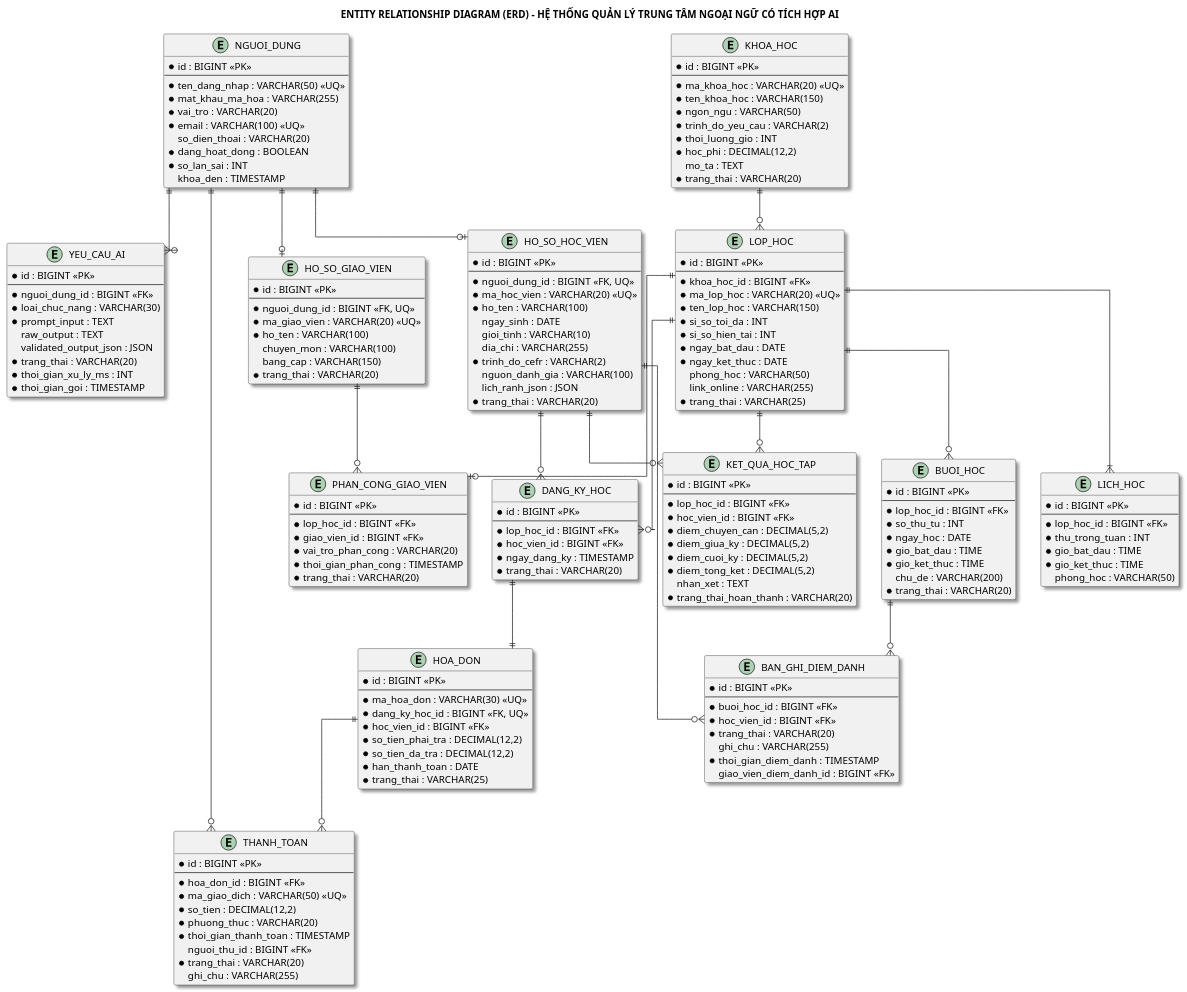
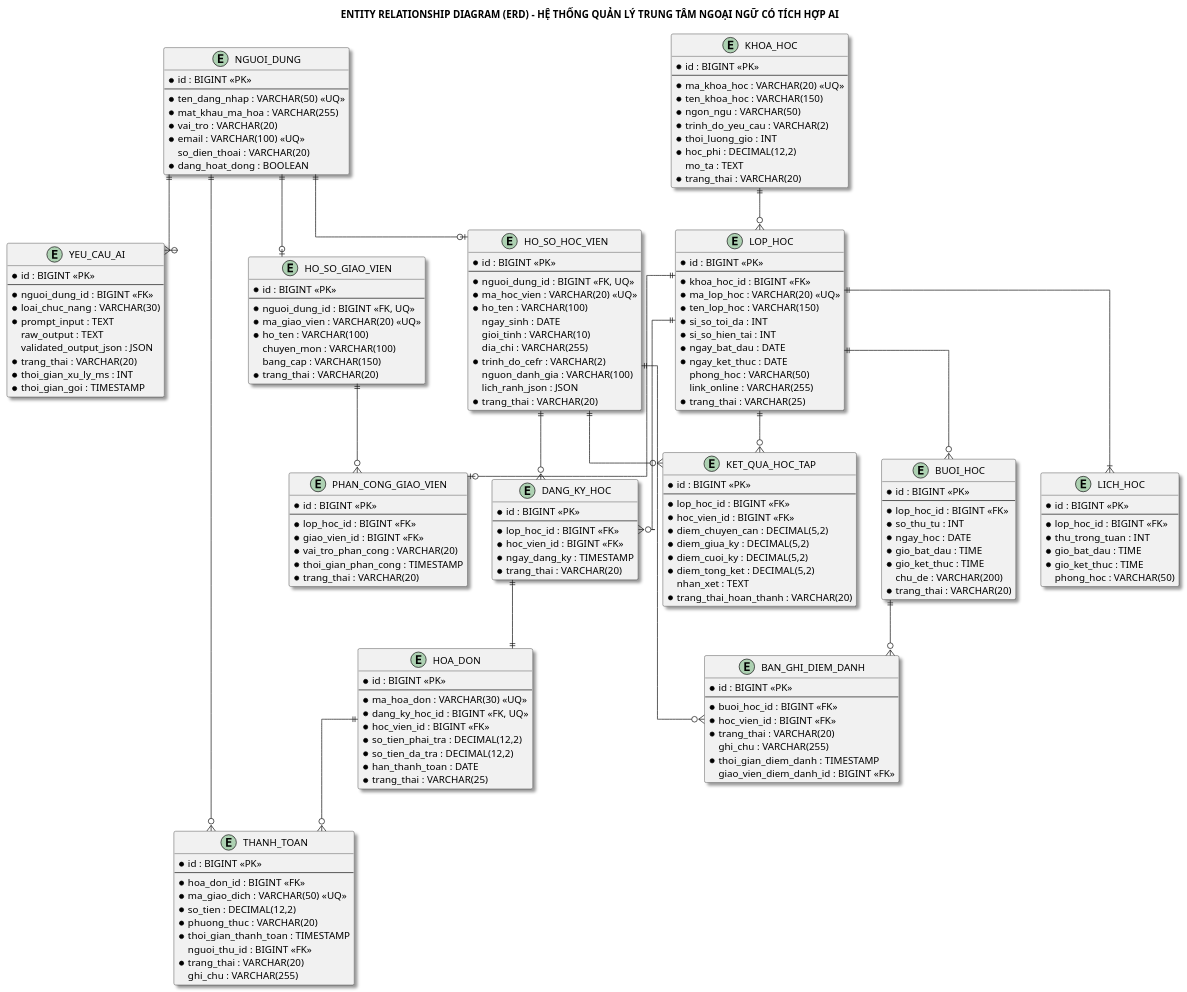
Before and after one commit to phongls206/LMS-AI: the diagram in docs/images/SoDo/ERD_Diagram.puml, drawn with PlantUML. The commit also changed 24 other files, not shown here.

```diff
--- a/docs/images/SoDo/ERD_Diagram.puml
+++ b/docs/images/SoDo/ERD_Diagram.puml
@@ -1,199 +1,197 @@
 @startuml
 skinparam linetype ortho
 skinparam roundcorner 5
 skinparam shadowing true
 
 title ENTITY RELATIONSHIP DIAGRAM (ERD) - HỆ THỐNG QUẢN LÝ TRUNG TÂM NGOẠI NGỮ CÓ TÍCH HỢP AI
 
 entity "NGUOI_DUNG" as nguoi_dung {
   * id : BIGINT <<PK>>
   --
   * ten_dang_nhap : VARCHAR(50) <<UQ>>
   * mat_khau_ma_hoa : VARCHAR(255)
   * vai_tro : VARCHAR(20)
   * email : VARCHAR(100) <<UQ>>
   so_dien_thoai : VARCHAR(20)
   * dang_hoat_dong : BOOLEAN
-  * so_lan_sai : INT
-  khoa_den : TIMESTAMP
 }
 
 entity "HO_SO_HOC_VIEN" as hoc_vien {
   * id : BIGINT <<PK>>
   --
   * nguoi_dung_id : BIGINT <<FK, UQ>>
   * ma_hoc_vien : VARCHAR(20) <<UQ>>
   * ho_ten : VARCHAR(100)
   ngay_sinh : DATE
   gioi_tinh : VARCHAR(10)
   dia_chi : VARCHAR(255)
   * trinh_do_cefr : VARCHAR(2)
   nguon_danh_gia : VARCHAR(100)
   lich_ranh_json : JSON
   * trang_thai : VARCHAR(20)
 }
 
 entity "HO_SO_GIAO_VIEN" as giao_vien {
   * id : BIGINT <<PK>>
   --
   * nguoi_dung_id : BIGINT <<FK, UQ>>
   * ma_giao_vien : VARCHAR(20) <<UQ>>
   * ho_ten : VARCHAR(100)
   chuyen_mon : VARCHAR(100)
   bang_cap : VARCHAR(150)
   * trang_thai : VARCHAR(20)
 }
 
 entity "KHOA_HOC" as khoa_hoc {
   * id : BIGINT <<PK>>
   --
   * ma_khoa_hoc : VARCHAR(20) <<UQ>>
   * ten_khoa_hoc : VARCHAR(150)
   * ngon_ngu : VARCHAR(50)
   * trinh_do_yeu_cau : VARCHAR(2)
   * thoi_luong_gio : INT
   * hoc_phi : DECIMAL(12,2)
   mo_ta : TEXT
   * trang_thai : VARCHAR(20)
 }
 
 entity "LOP_HOC" as lop_hoc {
   * id : BIGINT <<PK>>
   --
   * khoa_hoc_id : BIGINT <<FK>>
   * ma_lop_hoc : VARCHAR(20) <<UQ>>
   * ten_lop_hoc : VARCHAR(150)
   * si_so_toi_da : INT
   * si_so_hien_tai : INT
   * ngay_bat_dau : DATE
   * ngay_ket_thuc : DATE
   phong_hoc : VARCHAR(50)
   link_online : VARCHAR(255)
   * trang_thai : VARCHAR(25)
 }
 
 entity "LICH_HOC" as lich_hoc {
   * id : BIGINT <<PK>>
   --
   * lop_hoc_id : BIGINT <<FK>>
   * thu_trong_tuan : INT
   * gio_bat_dau : TIME
   * gio_ket_thuc : TIME
   phong_hoc : VARCHAR(50)
 }
 
 entity "PHAN_CONG_GIAO_VIEN" as phan_cong {
   * id : BIGINT <<PK>>
   --
   * lop_hoc_id : BIGINT <<FK>>
   * giao_vien_id : BIGINT <<FK>>
   * vai_tro_phan_cong : VARCHAR(20)
   * thoi_gian_phan_cong : TIMESTAMP
   * trang_thai : VARCHAR(20)
 }
 
 entity "DANG_KY_HOC" as dang_ky {
   * id : BIGINT <<PK>>
   --
   * lop_hoc_id : BIGINT <<FK>>
   * hoc_vien_id : BIGINT <<FK>>
   * ngay_dang_ky : TIMESTAMP
   * trang_thai : VARCHAR(20)
 }
 
 entity "HOA_DON" as hoa_don {
   * id : BIGINT <<PK>>
   --
   * ma_hoa_don : VARCHAR(30) <<UQ>>
   * dang_ky_hoc_id : BIGINT <<FK, UQ>>
   * hoc_vien_id : BIGINT <<FK>>
   * so_tien_phai_tra : DECIMAL(12,2)
   * so_tien_da_tra : DECIMAL(12,2)
   * han_thanh_toan : DATE
   * trang_thai : VARCHAR(25)
 }
 
 entity "THANH_TOAN" as thanh_toan {
   * id : BIGINT <<PK>>
   --
   * hoa_don_id : BIGINT <<FK>>
   * ma_giao_dich : VARCHAR(50) <<UQ>>
   * so_tien : DECIMAL(12,2)
   * phuong_thuc : VARCHAR(20)
   * thoi_gian_thanh_toan : TIMESTAMP
   nguoi_thu_id : BIGINT <<FK>>
   * trang_thai : VARCHAR(20)
   ghi_chu : VARCHAR(255)
 }
 
 entity "BUOI_HOC" as buoi_hoc {
   * id : BIGINT <<PK>>
   --
   * lop_hoc_id : BIGINT <<FK>>
   * so_thu_tu : INT
   * ngay_hoc : DATE
   * gio_bat_dau : TIME
   * gio_ket_thuc : TIME
   chu_de : VARCHAR(200)
   * trang_thai : VARCHAR(20)
 }
 
 entity "BAN_GHI_DIEM_DANH" as diem_danh {
   * id : BIGINT <<PK>>
   --
   * buoi_hoc_id : BIGINT <<FK>>
   * hoc_vien_id : BIGINT <<FK>>
   * trang_thai : VARCHAR(20)
   ghi_chu : VARCHAR(255)
   * thoi_gian_diem_danh : TIMESTAMP
   giao_vien_diem_danh_id : BIGINT <<FK>>
 }
 
 entity "KET_QUA_HOC_TAP" as ket_qua {
   * id : BIGINT <<PK>>
   --
   * lop_hoc_id : BIGINT <<FK>>
   * hoc_vien_id : BIGINT <<FK>>
   * diem_chuyen_can : DECIMAL(5,2)
   * diem_giua_ky : DECIMAL(5,2)
   * diem_cuoi_ky : DECIMAL(5,2)
   * diem_tong_ket : DECIMAL(5,2)
   nhan_xet : TEXT
   * trang_thai_hoan_thanh : VARCHAR(20)
 }
 
 entity "YEU_CAU_AI" as yeu_cau_ai {
   * id : BIGINT <<PK>>
   --
   * nguoi_dung_id : BIGINT <<FK>>
   * loai_chuc_nang : VARCHAR(30)
   * prompt_input : TEXT
   raw_output : TEXT
   validated_output_json : JSON
   * trang_thai : VARCHAR(20)
   * thoi_gian_xu_ly_ms : INT
   * thoi_gian_goi : TIMESTAMP
 }
 
 nguoi_dung ||--o| hoc_vien
 nguoi_dung ||--o| giao_vien
 nguoi_dung ||--o{ yeu_cau_ai
 nguoi_dung ||--o{ thanh_toan
 
 khoa_hoc ||--o{ lop_hoc
 lop_hoc ||--|{ lich_hoc
 lop_hoc ||--o| phan_cong
 giao_vien ||--o{ phan_cong
 lop_hoc ||--o{ buoi_hoc
 
 hoc_vien ||--o{ dang_ky
 lop_hoc ||--o{ dang_ky
 dang_ky ||--|| hoa_don
 hoa_don ||--o{ thanh_toan
 
 buoi_hoc ||--o{ diem_danh
 hoc_vien ||--o{ diem_danh
 hoc_vien ||--o{ ket_qua
 lop_hoc ||--o{ ket_qua
 
 @enduml
```
